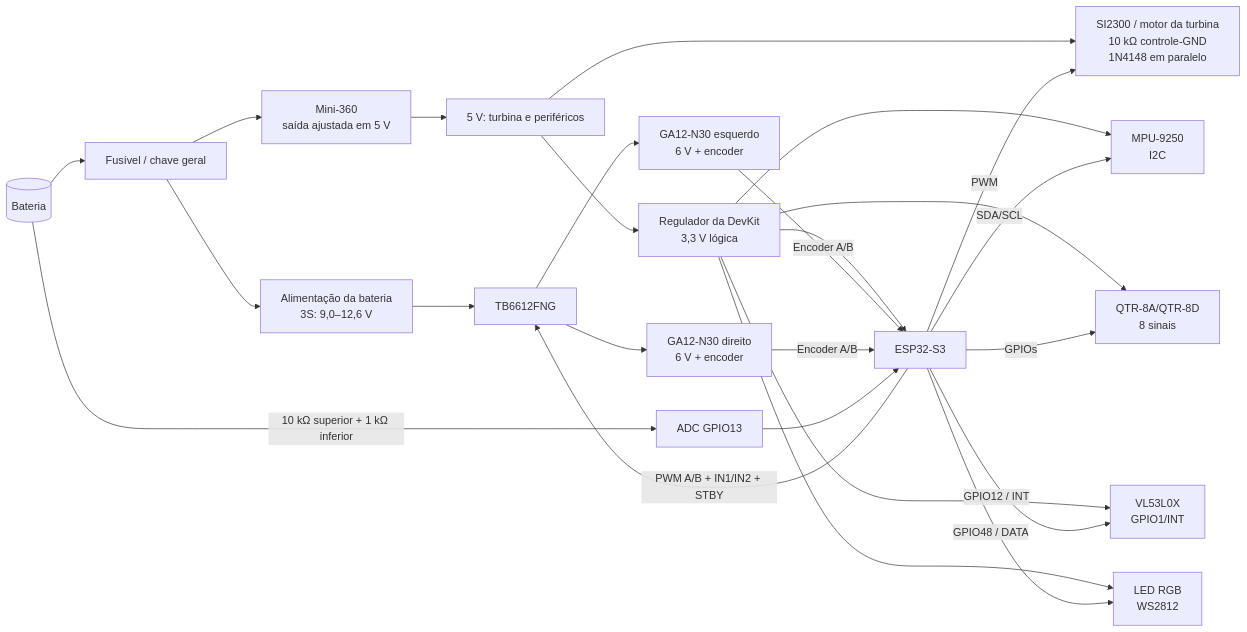
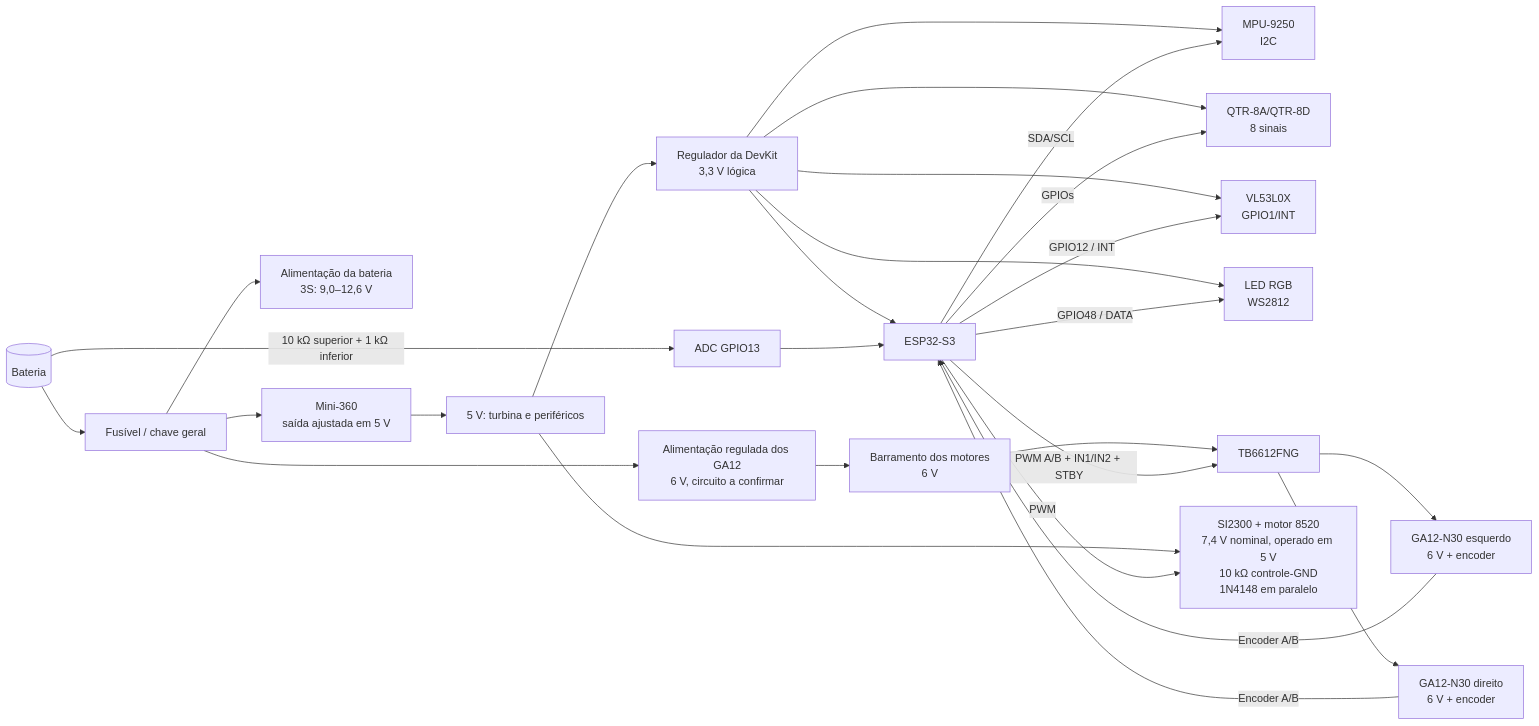
The diagram in docs/HARDWARE.md (Mr-SweetRice/Aspirador-de-pista), drawn with Mermaid before and after one commit. The commit also changed other lines of this file and 6 other files, not shown here.

````diff
--- a/docs/HARDWARE.md
+++ b/docs/HARDWARE.md
@@ -32,30 +33,32 @@
 ```mermaid
 flowchart LR
     BAT[(Bateria)] --> FUS[Fusível / chave geral]
-    FUS --> VM[Alimentação da bateria\n3S: 9,0–12,6 V]
+    FUS --> VBAT[Alimentação da bateria\n3S: 9,0–12,6 V]
     FUS --> REG[Mini-360\nsaída ajustada em 5 V]
+    FUS --> MREG[Alimentação regulada dos GA12\n6 V, circuito a confirmar]
+    MREG --> VM[Barramento dos motores\n6 V]
     REG --> V5[5 V: turbina e periféricos]
     V5 --> VCC[Regulador da DevKit\n3,3 V lógica]
 
     VCC --> MCU[ESP32-S3]
     VCC --> IMU[MPU-9250\nI2C]
     VCC --> LINE[QTR-8A/QTR-8D\n8 sinais]
     VCC --> VL53[VL53L0X\nGPIO1/INT]
     VCC --> LED[LED RGB\nWS2812]
 
     VM --> TB[TB6612FNG]
     TB --> ML[GA12-N30 esquerdo\n6 V + encoder]
     TB --> MR[GA12-N30 direito\n6 V + encoder]
-    V5 --> AUX[SI2300 / motor da turbina\n10 kΩ controle-GND\n1N4148 em paralelo]
+    V5 --> AUX[SI2300 + motor 8520\n7,4 V nominal, operado em 5 V\n10 kΩ controle-GND\n1N4148 em paralelo]
 
     MCU -- PWM A/B + IN1/IN2 + STBY --> TB
     MCU -- PWM --> AUX
     ML -- Encoder A/B --> MCU
     MR -- Encoder A/B --> MCU
     MCU -- SDA/SCL --> IMU
     MCU -- GPIOs --> LINE
     MCU -- GPIO12 / INT --> VL53
     MCU -- GPIO48 / DATA --> LED
     BAT -- 10 kΩ superior + 1 kΩ inferior --> ADC[ADC GPIO13]
     ADC --> MCU
 ```
````
